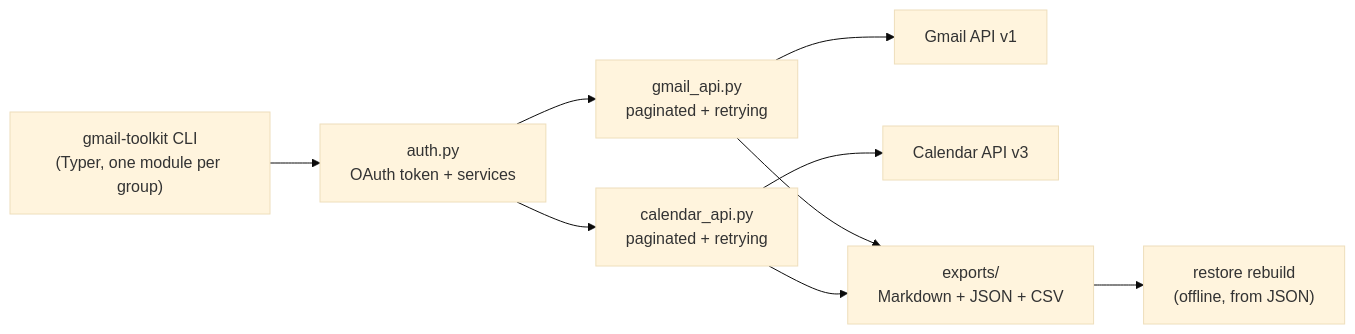
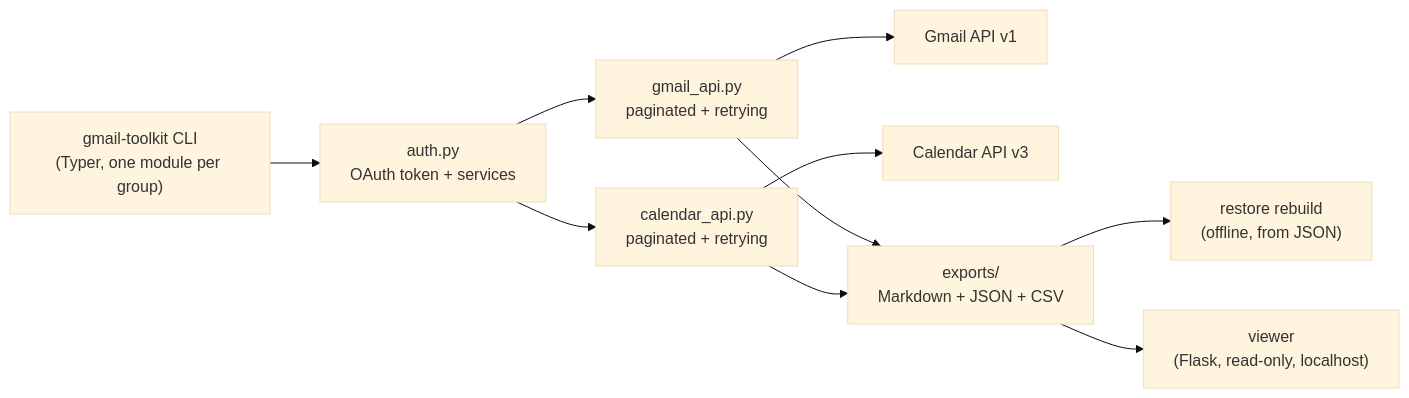
The diagram in README.md (enonymous1/gmail-forensic-toolkit), drawn with Mermaid (base theme) before and after one commit. The commit also changed other lines of this file and 16 other files, not shown here.

Commit message:
Read-only local viewer: gmail-toolkit serve (Flask, localhost only) (2.3.0)

````diff
--- a/README.md
+++ b/README.md
@@ -303,11 +330,12 @@
 ```mermaid
 flowchart LR
     CLI["gmail-toolkit CLI<br/>(Typer, one module per group)"] --> Auth["auth.py<br/>OAuth token + services"]
     Auth --> Gmail["gmail_api.py<br/>paginated + retrying"]
     Auth --> Cal["calendar_api.py<br/>paginated + retrying"]
     Gmail --> GAPI["Gmail API v1"]
     Cal --> CAPI["Calendar API v3"]
     Gmail --> Exports["exports/<br/>Markdown + JSON + CSV"]
     Cal --> Exports
     Exports --> Restore["restore rebuild<br/>(offline, from JSON)"]
+    Exports --> Viewer["viewer<br/>(Flask, read-only, localhost)"]
 ```
````
